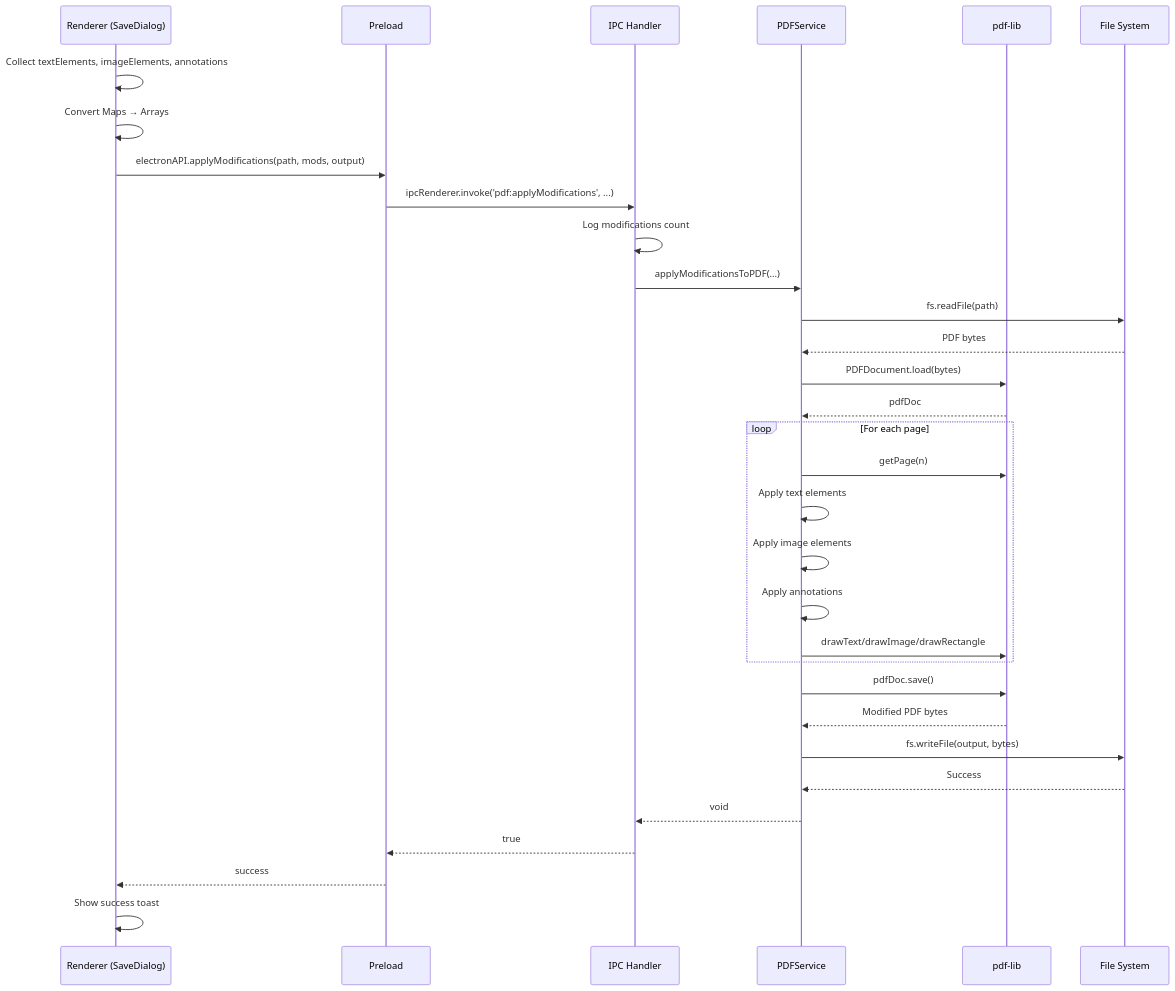
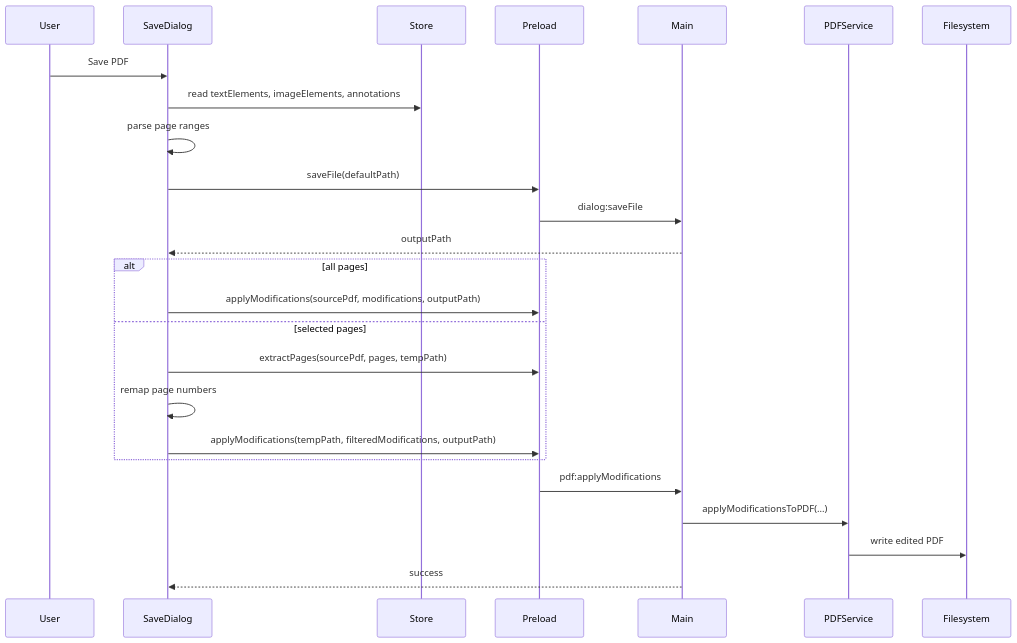
Before and after one commit to jana1998/portable-document-formatter: the fourth of 7 diagrams in ARCHITECTURE.md, drawn with Mermaid. The commit also changed other lines of this file and 14 other files, not shown here.

````diff
--- a/ARCHITECTURE.md
+++ b/ARCHITECTURE.md
@@ -292,37 +176,30 @@
 ```mermaid
 sequenceDiagram
-    participant R as Renderer (SaveDialog)
-    participant P as Preload
-    participant I as IPC Handler
-    participant S as PDFService
-    participant L as pdf-lib
-    participant F as File System
-    
-    R->>R: Collect textElements, imageElements, annotations
-    R->>R: Convert Maps → Arrays
-    R->>P: electronAPI.applyModifications(path, mods, output)
-    P->>I: ipcRenderer.invoke('pdf:applyModifications', ...)
-    I->>I: Log modifications count
-    I->>S: applyModificationsToPDF(...)
-    S->>F: fs.readFile(path)
-    F-->>S: PDF bytes
-    S->>L: PDFDocument.load(bytes)
-    L-->>S: pdfDoc
-    
-    loop For each page
-        S->>L: getPage(n)
-        S->>S: Apply text elements
-        S->>S: Apply image elements
-        S->>S: Apply annotations
-        S->>L: drawText/drawImage/drawRectangle
+    participant User
+    participant SaveDialog
+    participant Store
+    participant Preload
+    participant Main
+    participant PDFService
+    participant Filesystem
+
+    User->>SaveDialog: Save PDF
+    SaveDialog->>Store: read textElements, imageElements, annotations
+    SaveDialog->>SaveDialog: parse page ranges
+    SaveDialog->>Preload: saveFile(defaultPath)
+    Preload->>Main: dialog:saveFile
+    Main-->>SaveDialog: outputPath
+
+    alt all pages
+        SaveDialog->>Preload: applyModifications(sourcePdf, modifications, outputPath)
+    else selected pages
+        SaveDialog->>Preload: extractPages(sourcePdf, pages, tempPath)
+        SaveDialog->>SaveDialog: remap page numbers
+        SaveDialog->>Preload: applyModifications(tempPath, filteredModifications, outputPath)
     end
-    
-    S->>L: pdfDoc.save()
-    L-->>S: Modified PDF bytes
-    S->>F: fs.writeFile(output, bytes)
-    F-->>S: Success
-    S-->>I: void
-    I-->>P: true
-    P-->>R: success
-    R->>R: Show success toast
+
+    Preload->>Main: pdf:applyModifications
+    Main->>PDFService: applyModificationsToPDF(...)
+    PDFService->>Filesystem: write edited PDF
+    Main-->>SaveDialog: success
 ```
````
